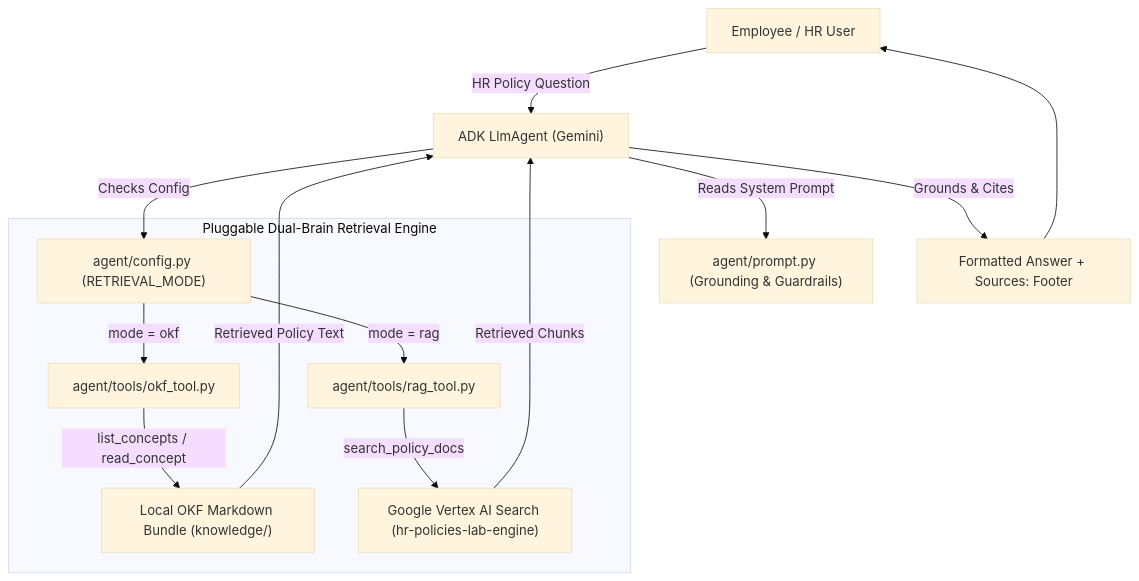
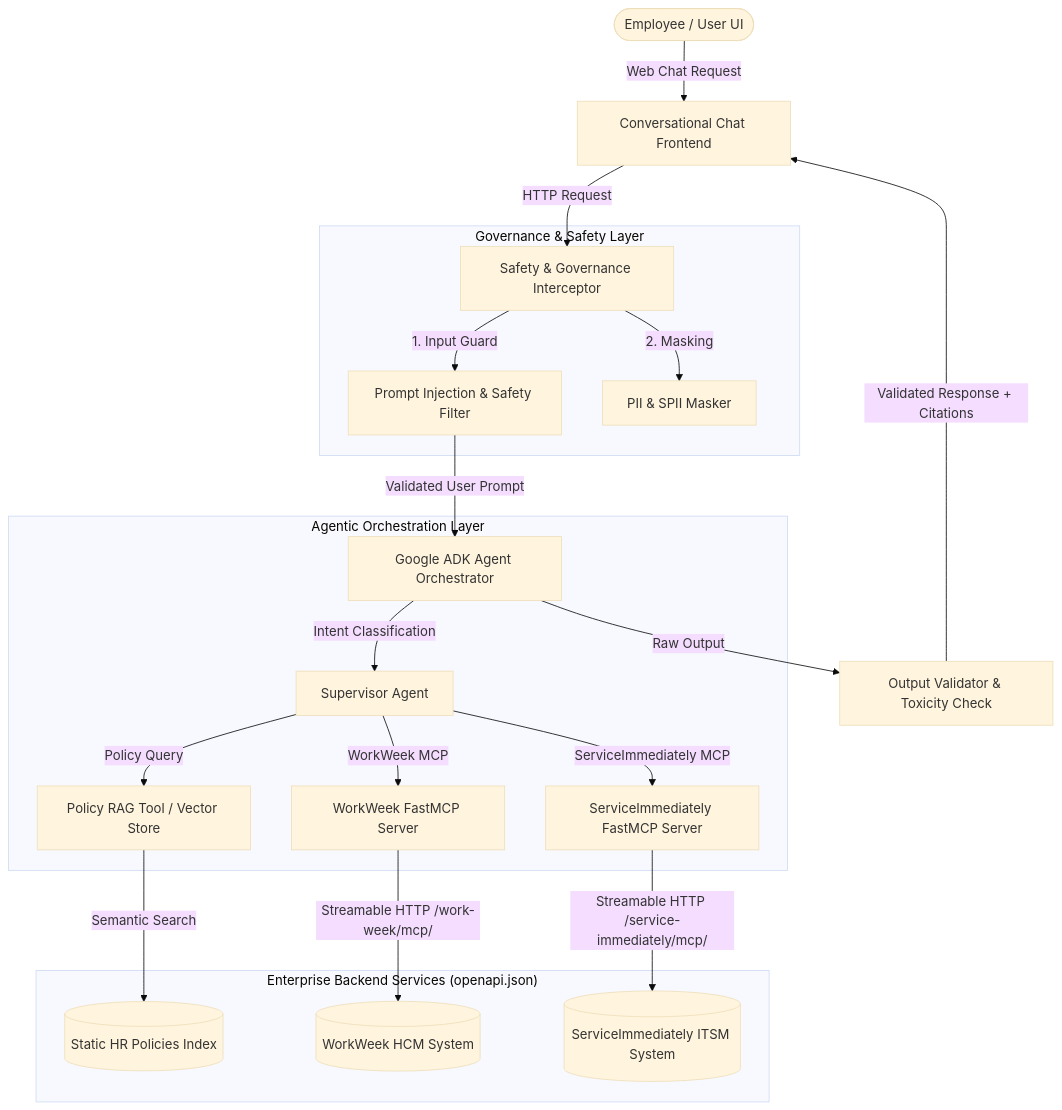
One commit to yangwhale/elevate-bj-g4 changed the first of 6 diagrams in SDD_Project_Elevate.md. Above: the diagram before and after it, drawn with Mermaid (base theme). The commit also changed other lines of this file and 3 other files, not shown here.

Commit message:
Update Solution Design Document (SDD) for MVP 1 with FastMCP integration specs

````diff
--- a/SDD_Project_Elevate.md
+++ b/SDD_Project_Elevate.md
@@ -54,20 +49,28 @@
 ```mermaid
 graph TD
-    User["Employee / HR User"] -->|HR Policy Question| LlmAgent["ADK LlmAgent (Gemini)"]
-    LlmAgent -->|Reads System Prompt| Prompt["agent/prompt.py (Grounding & Guardrails)"]
-    LlmAgent -->|Checks Config| Config["agent/config.py (RETRIEVAL_MODE)"]
+    User(["Employee / User UI"]) -->|Web Chat Request| UI["Conversational Chat Frontend"]
+    UI -->|HTTP Request| Interceptor["Safety & Governance Interceptor"]
     
-    subgraph "Pluggable Dual-Brain Retrieval Engine"
-        Config -->|mode = okf| OKFTool["agent/tools/okf_tool.py"]
-        Config -->|mode = rag| RAGTool["agent/tools/rag_tool.py"]
-        
-        OKFTool -->|list_concepts / read_concept| LocalOKF["Local OKF Markdown Bundle (knowledge/)"]
-        RAGTool -->|search_policy_docs| VertexSearch["Google Vertex AI Search (hr-policies-lab-engine)"]
+    subgraph Governance["Governance & Safety Layer"]
+        Interceptor -->|1. Input Guard| PromptGuard["Prompt Injection & Safety Filter"]
+        Interceptor -->|2. Masking| PIIRedactor["PII & SPII Masker"]
     end
-    
-    LocalOKF -->|Retrieved Policy Text| LlmAgent
-    VertexSearch -->|Retrieved Chunks| LlmAgent
-    
-    LlmAgent -->|Grounds & Cites| Response["Formatted Answer + Sources: Footer"]
-    Response --> User
+
+    PromptGuard -->|Validated User Prompt| Orchestrator["Google ADK Agent Orchestrator"]
+
+    subgraph Orchestration["Agentic Orchestration Layer"]
+        Orchestrator -->|Intent Classification| Supervisor["Supervisor Agent"]
+        Supervisor -->|Policy Query| PolicyAgent["Policy RAG Tool / Vector Store"]
+        Supervisor -->|WorkWeek MCP| WorkWeekMCP["WorkWeek FastMCP Server"]
+        Supervisor -->|ServiceImmediately MCP| ServiceMCP["ServiceImmediately FastMCP Server"]
+    end
+
+    subgraph Backend["Enterprise Backend Services (openapi.json)"]
+        PolicyAgent -->|Semantic Search| PolicyKB[("Static HR Policies Index")]
+        WorkWeekMCP -->|Streamable HTTP /work-week/mcp/| WWBackend[("WorkWeek HCM System")]
+        ServiceMCP -->|Streamable HTTP /service-immediately/mcp/| SIMBackend[("ServiceImmediately ITSM System")]
+    end
+
+    Orchestrator -->|Raw Output| OutputGuard["Output Validator & Toxicity Check"]
+    OutputGuard -->|Validated Response + Citations| UI
 ```
````
